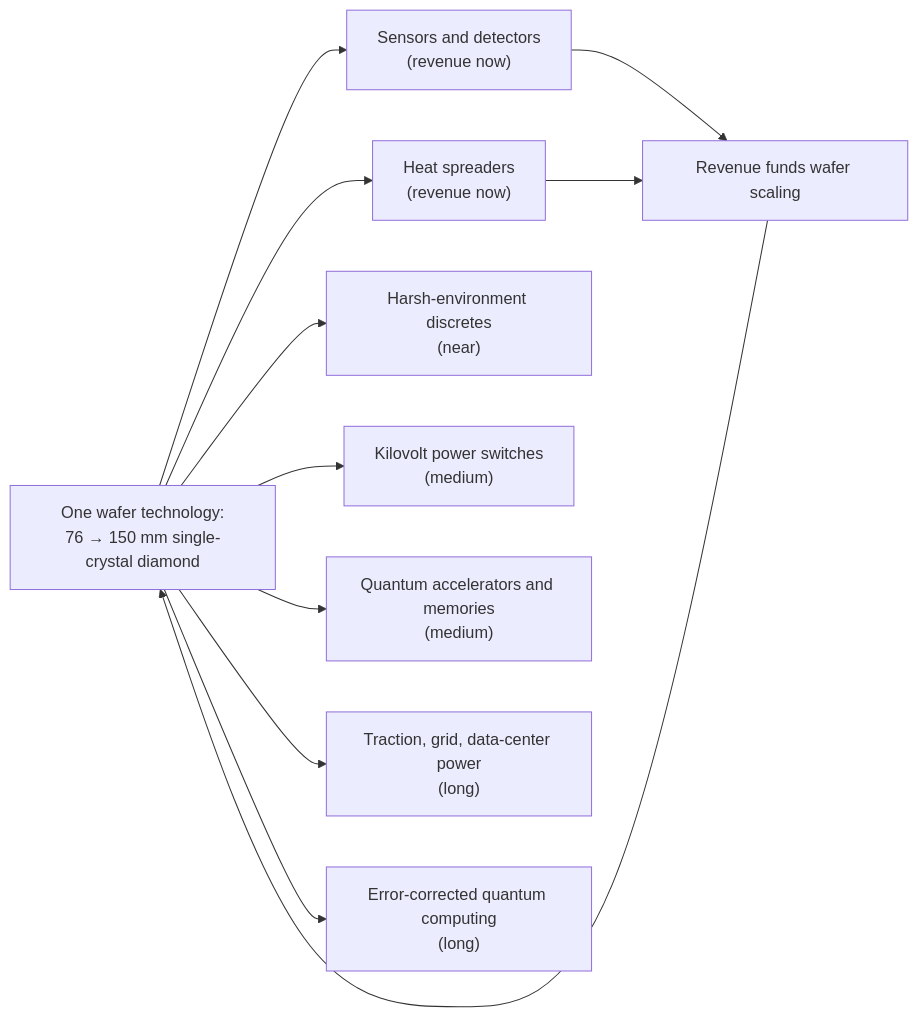
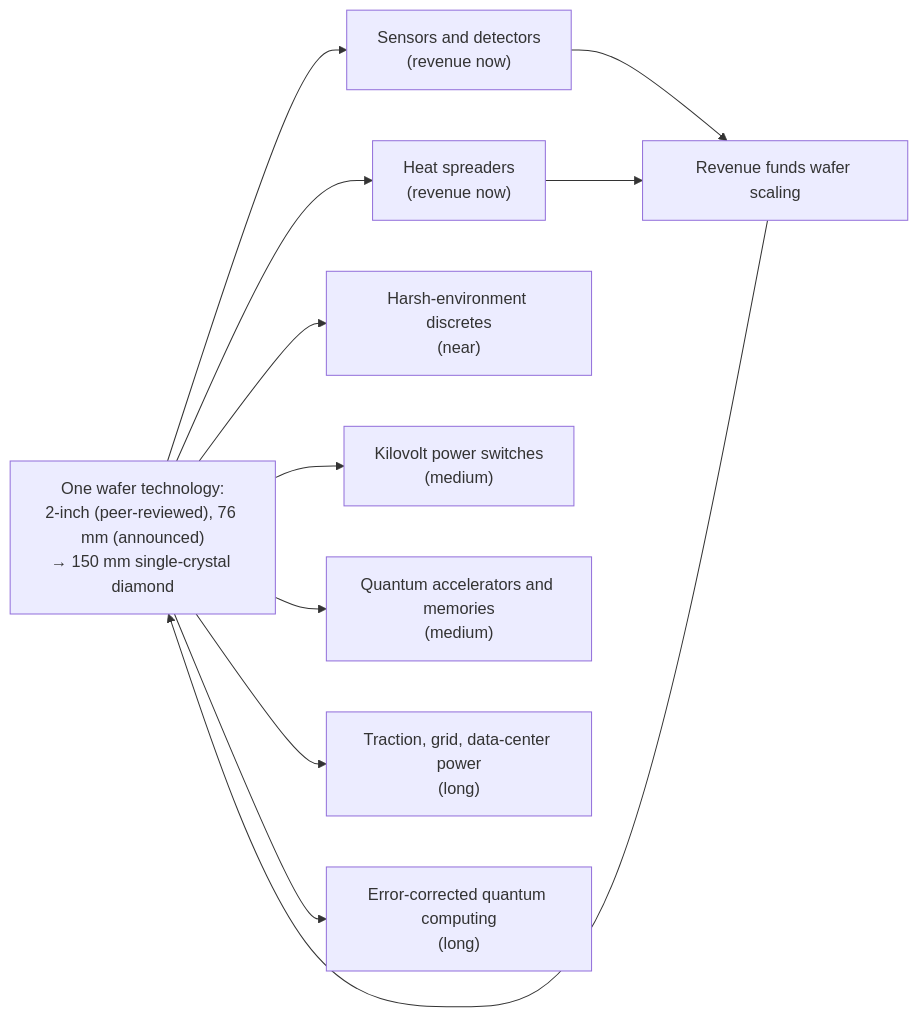
One commit to Normansrule/adamas-diamond-framework changed the diagram in docs/expert/E11_application_atlas.md. Above: the diagram before and after it, drawn with Mermaid. The commit also changed other lines of this file and 167 other files, not shown here.

````diff
--- a/docs/expert/E11_application_atlas.md
+++ b/docs/expert/E11_application_atlas.md
@@ -30,11 +30,11 @@
 ```mermaid
 flowchart LR
-    W["One wafer technology:<br/>76 → 150 mm single-crystal diamond"] --> A["Sensors and detectors<br/>(revenue now)"]
+    W["One wafer technology:<br/>2-inch (peer-reviewed), 76 mm (announced)<br/>→ 150 mm single-crystal diamond"] --> A["Sensors and detectors<br/>(revenue now)"]
     W --> B["Heat spreaders<br/>(revenue now)"]
     W --> C["Harsh-environment discretes<br/>(near)"]
     W --> D["Kilovolt power switches<br/>(medium)"]
     W --> E["Quantum accelerators and memories<br/>(medium)"]
     W --> F["Traction, grid, data-center power<br/>(long)"]
     W --> G["Error-corrected quantum computing<br/>(long)"]
     A & B --> R["Revenue funds wafer scaling"] --> W
 ```
````
